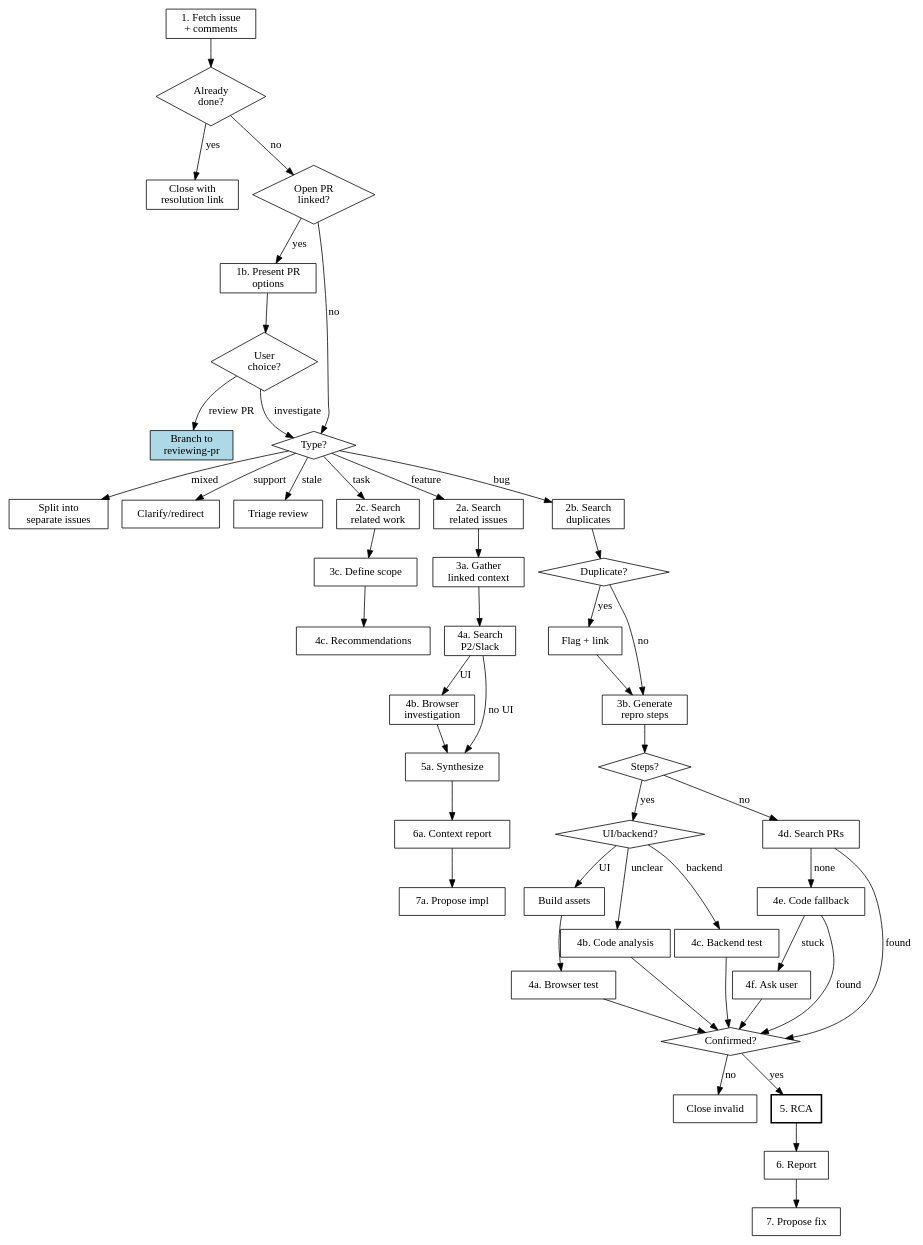
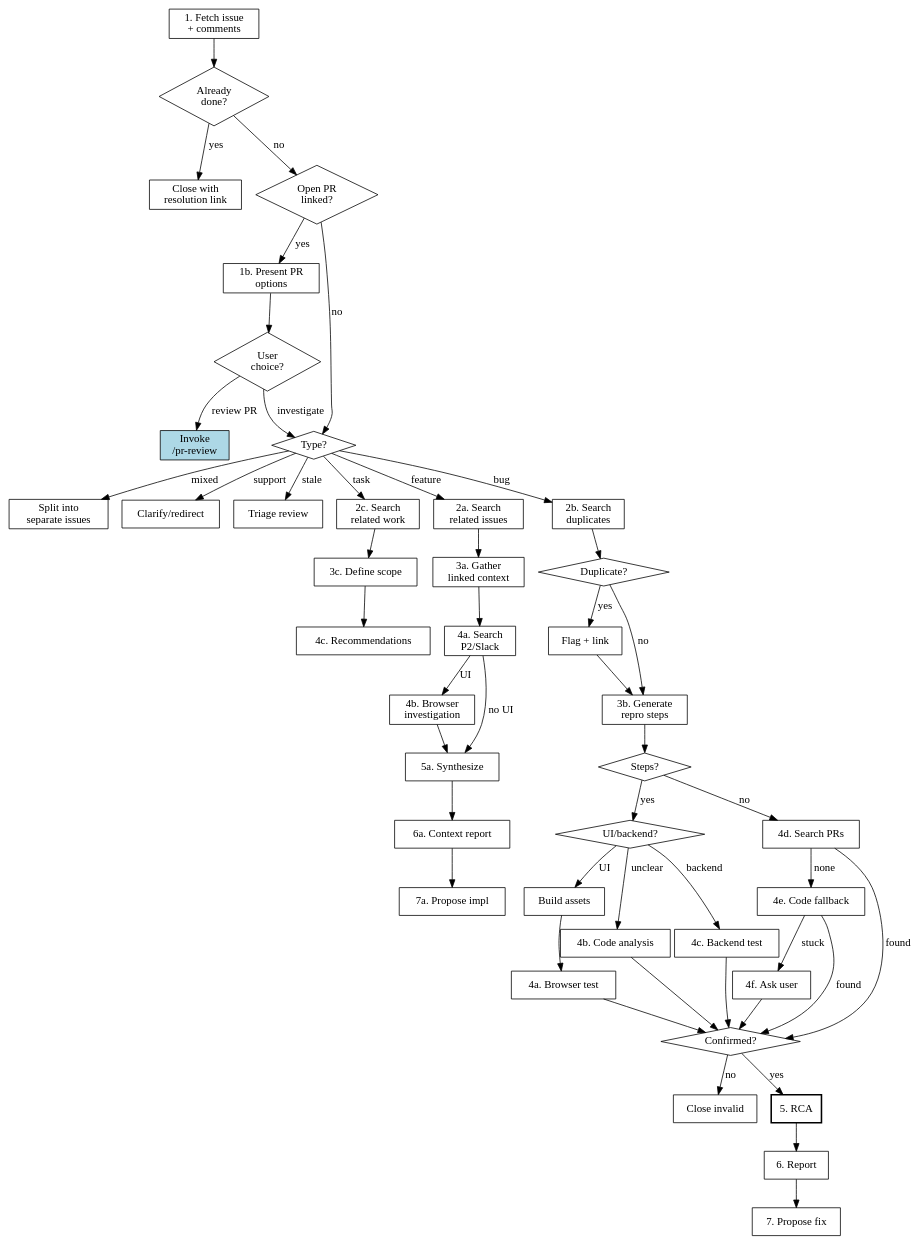
The diagram in plugins/pirategoat-tools/skills/dig-into-linear-issue/SKILL.md (vladolaru/claude-code-plugins), drawn with Graphviz before and after one commit. The commit also changed other lines of this file, not shown here.

First line of the commit message:
refactor(dig-into-linear-issue): update PR handoff to use /pr-review

```diff
--- a/plugins/pirategoat-tools/skills/dig-into-linear-issue/SKILL.md
+++ b/plugins/pirategoat-tools/skills/dig-into-linear-issue/SKILL.md
@@ -80,7 +80,7 @@
     has_open_pr [shape=diamond, label="Open PR\nlinked?"];
     present_pr [label="1b. Present PR\noptions"];
     pr_choice [shape=diamond, label="User\nchoice?"];
-    branch_pr [label="Branch to\nreviewing-pr", style=filled, fillcolor=lightblue];
+    branch_pr [label="Invoke\n/pr-review", style=filled, fillcolor=lightblue];
     identify [shape=diamond, label="Type?"];
 
     split [label="Split into\nseparate issues"];
```
